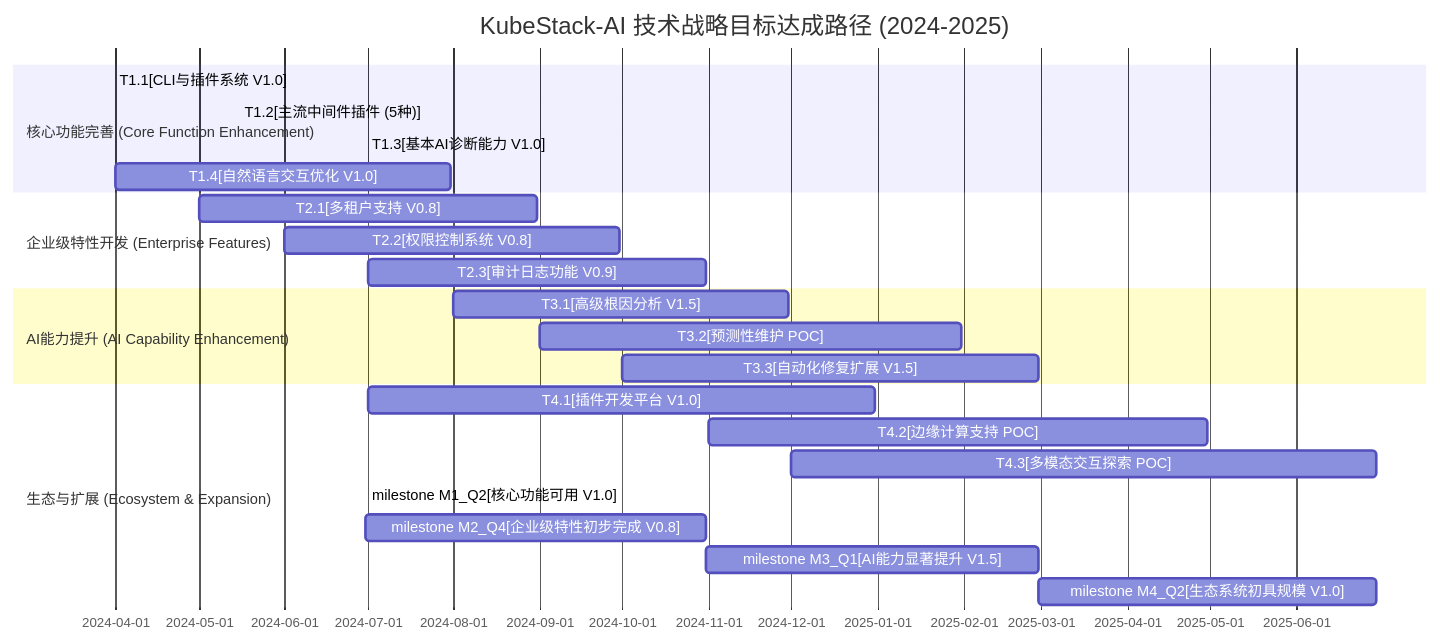
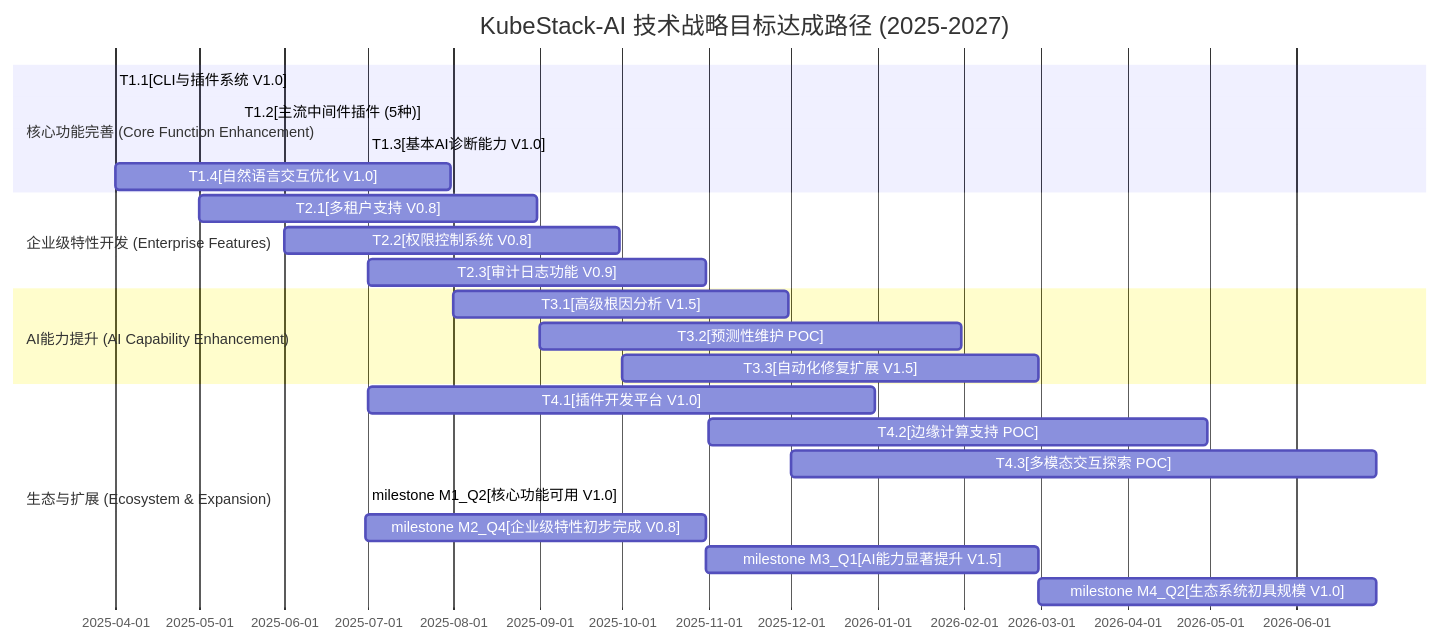
Before and after one commit to turtacn/PersonalAI: the diagram in examples/technostrategy/SynapseOS/技术规划_kubestack-ai方向.md, drawn with Mermaid. The commit also changed other lines of this file, not shown here.

Commit message:
agenticai洞察规划

````diff
--- a/examples/technostrategy/SynapseOS/技术规划_kubestack-ai方向.md
+++ b/examples/technostrategy/SynapseOS/技术规划_kubestack-ai方向.md
@@ -110,47 +110,47 @@
 ```mermaid
 gantt
     dateFormat  YYYY-MM-DD
-    title KubeStack-AI 技术战略目标达成路径 (2024-2025)
+    title KubeStack-AI 技术战略目标达成路径 (2025-2027)
     section 核心功能完善 (Core Function Enhancement)
-    T1.1[CLI与插件系统 V1.0]: active, 2024-01-01, 2024-03-31, done
-    T1.2[主流中间件插件 (5种)]: 2024-02-01, 2024-05-15, done
-    T1.3[基本AI诊断能力 V1.0]: 2024-03-01, 2024-06-30, done
-    T1.4[自然语言交互优化 V1.0]: 2024-04-01, 2024-07-31
+    T1.1[CLI与插件系统 V1.0]: active, 2025-01-01, 2025-03-31, done
+    T1.2[主流中间件插件 (5种)]: 2025-02-01, 2025-05-15, done
+    T1.3[基本AI诊断能力 V1.0]: 2025-03-01, 2025-06-30, done
+    T1.4[自然语言交互优化 V1.0]: 2025-04-01, 2025-07-31
 
     section 企业级特性开发 (Enterprise Features)
-    T2.1[多租户支持 V0.8]: 2024-05-01, 2024-08-31
-    T2.2[权限控制系统 V0.8]: 2024-06-01, 2024-09-30
-    T2.3[审计日志功能 V0.9]: 2024-07-01, 2024-10-31
+    T2.1[多租户支持 V0.8]: 2025-05-01, 2025-08-31
+    T2.2[权限控制系统 V0.8]: 2025-06-01, 2025-09-30
+    T2.3[审计日志功能 V0.9]: 2025-07-01, 2025-10-31
 
     section AI能力提升 (AI Capability Enhancement)
-    T3.1[高级根因分析 V1.5]: 2024-08-01, 2024-11-30
-    T3.2[预测性维护 POC]: 2024-09-01, 2025-01-31
-    T3.3[自动化修复扩展 V1.5]: 2024-10-01, 2025-02-28
+    T3.1[高级根因分析 V1.5]: 2025-08-01, 2025-11-30
+    T3.2[预测性维护 POC]: 2025-09-01, 2026-01-31
+    T3.3[自动化修复扩展 V1.5]: 2025-10-01, 2026-02-28
 
     section 生态与扩展 (Ecosystem & Expansion)
-    T4.1[插件开发平台 V1.0]: 2024-07-01, 2024-12-31
-    T4.2[边缘计算支持 POC]: 2024-11-01, 2025-04-30
-    T4.3[多模态交互探索 POC]: 2024-12-01, 2025-06-30
+    T4.1[插件开发平台 V1.0]: 2025-07-01, 2025-12-31
+    T4.2[边缘计算支持 POC]: 2025-11-01, 2026-04-30
+    T4.3[多模态交互探索 POC]: 2025-12-01, 2026-06-30
 
     %% 关键里程碑
-    milestone M1_Q2[核心功能可用 V1.0]: 2024-06-30
-    milestone M2_Q4[企业级特性初步完成 V0.8]: 2024-10-31
-    milestone M3_Q1[AI能力显著提升 V1.5]: 2025-02-28
-    milestone M4_Q2[生态系统初具规模 V1.0]: 2025-06-30
+    milestone M1_Q2[核心功能可用 V1.0]: 2025-06-30
+    milestone M2_Q4[企业级特性初步完成 V0.8]: 2025-10-31
+    milestone M3_Q1[AI能力显著提升 V1.5]: 2026-02-28
+    milestone M4_Q2[生态系统初具规模 V1.0]: 2026-06-30
 
     %% 依赖关系
     %%T1.1 --> T1.2
     %%T1.1 --> T1.3
     %%T1.3 --> T3.1
     %%T2.1 --> T2.2
     %%T2.2 --> T2.3
     %%T3.1 --> T3.2
     %%T3.2 --> T3.3
     %%T1.2 --> T4.1
     %%T4.1 --> T4.2
     %%T1.4 --> T4.3
     %%T1.3 --> M1_Q2
     %%T2.3 --> M2_Q4
     %%T3.3 --> M3_Q1
     %%T4.2 --> M4_Q2
 ```
````
